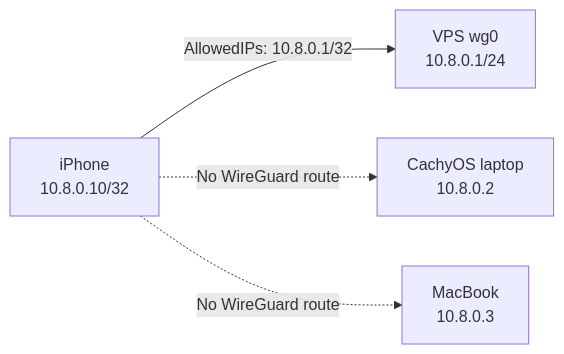
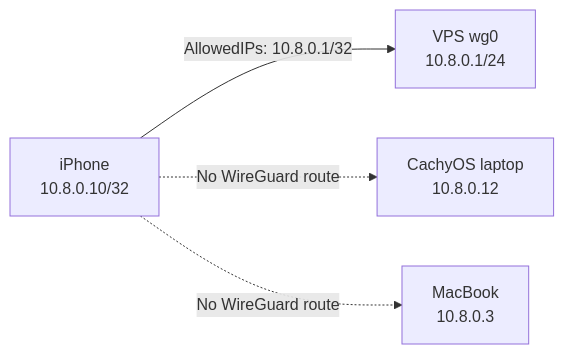
Before and after one commit to Manuel0516/zero-five-handbook: the diagram in content/docs/iphone/wireguard.mdx, drawn with Mermaid. The commit also changed 15 other files, not shown here.

````diff
--- a/content/docs/iphone/wireguard.mdx
+++ b/content/docs/iphone/wireguard.mdx
@@ -19,11 +19,11 @@
 ```mermaid
 flowchart LR
     phone["iPhone<br/>10.8.0.10/32"]
     vps["VPS wg0<br/>10.8.0.1/24"]
-    laptop["CachyOS laptop<br/>10.8.0.2"]
+    laptop["CachyOS laptop<br/>10.8.0.12"]
     mac["MacBook<br/>10.8.0.3"]
 
     phone -->|"AllowedIPs: 10.8.0.1/32"| vps
     phone -. "No WireGuard route" .-> laptop
     phone -. "No WireGuard route" .-> mac
 ```
````
